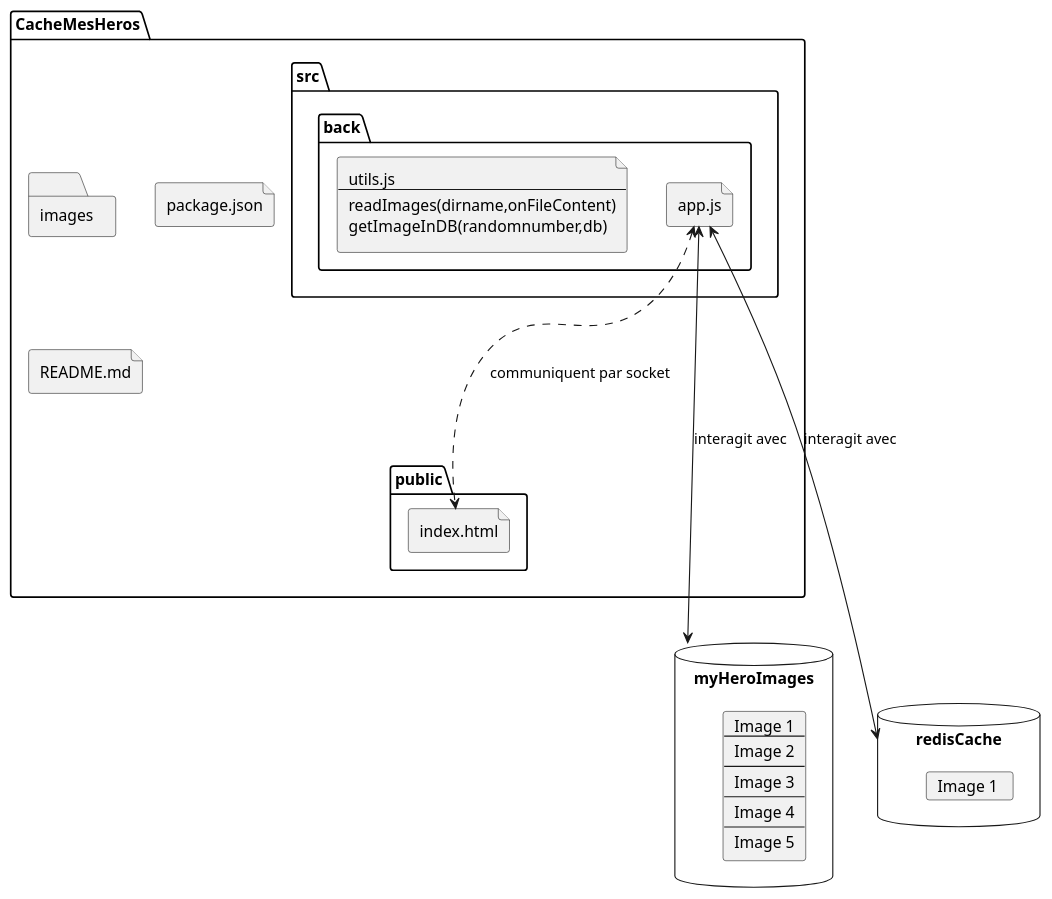
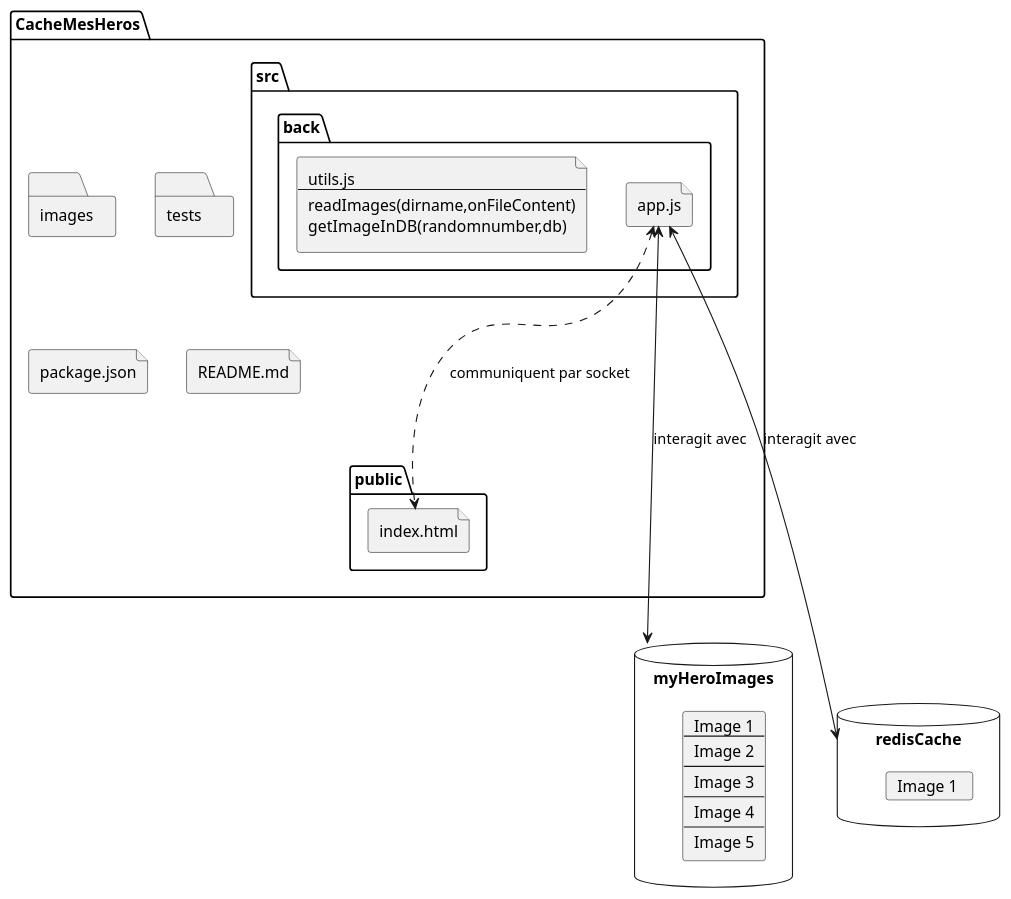
Before and after one commit to prodageo/mniproj2020b-2020a70b: the diagram in docs/diag/diagramme_mise_en_oeuvre.puml, drawn with PlantUML. The commit also changed 1 other file, not shown here.

```diff
--- a/docs/diag/diagramme_mise_en_oeuvre.puml
+++ b/docs/diag/diagramme_mise_en_oeuvre.puml
@@ -1,42 +1,43 @@
 @startuml
 folder CacheMesHeros {
 folder images
+folder tests
 folder public {
 file index.html
 }
 folder src {
 folder back {
 file app.js
 file utils.js [
 utils.js
 ----
 readImages(dirname,onFileContent)
 getImageInDB(randomnumber,db)
 ]
 }
 }
 file package.json
 file README.md
 }
 database myHeroImages {
 card heroImg [
 Image 1
 ----
 Image 2
 ----
 Image 3
 ----
 Image 4
 ----
 Image 5
 ]
 }
 database redisCache {
 card redis [
 Image 1 
 ]
 app.js <----> myHeroImages : interagit avec
 app.js <----> redisCache : interagit avec
 app.js <...> index.html : communiquent par socket
 }
 @enduml
```
